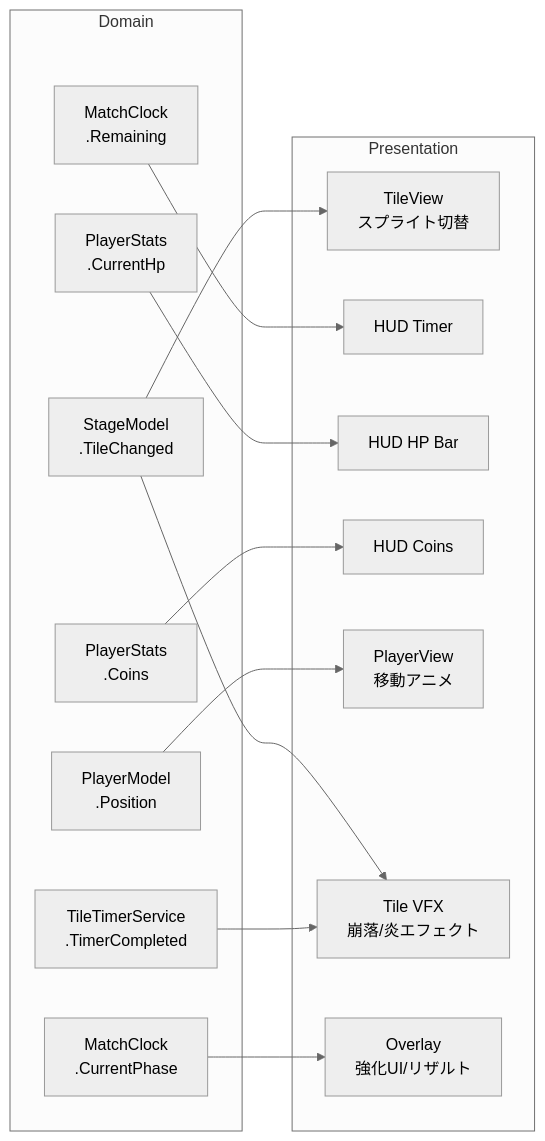
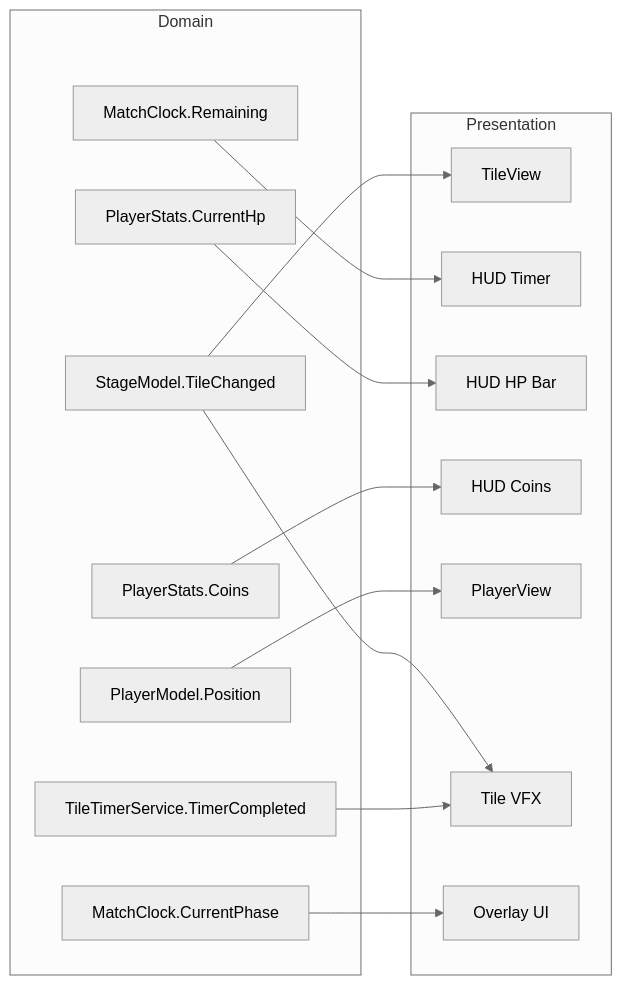
Before and after one commit to OUCC/2026-spring-hackathon-teamA: the eighth of 8 diagrams in docs/architecture.md, drawn with Mermaid (neutral theme). The commit also changed other lines of this file, not shown here.

First line of the commit message:
architecture.md の mermaid 図を修正

````diff
--- a/docs/architecture.md
+++ b/docs/architecture.md
@@ -292,31 +308,31 @@
 ```mermaid
 flowchart LR
     subgraph Domain
-        SM_TC["StageModel<br/>.TileChanged"]
-        MC_R["MatchClock<br/>.Remaining"]
-        MC_P["MatchClock<br/>.CurrentPhase"]
-        PS_HP["PlayerStats<br/>.CurrentHp"]
-        PS_C["PlayerStats<br/>.Coins"]
-        PM_Pos["PlayerModel<br/>.Position"]
-        TTS["TileTimerService<br/>.TimerCompleted"]
+        SM_TC[StageModel.TileChanged]
+        MC_R[MatchClock.Remaining]
+        MC_P[MatchClock.CurrentPhase]
+        PS_HP[PlayerStats.CurrentHp]
+        PS_C[PlayerStats.Coins]
+        PM_Pos[PlayerModel.Position]
+        TTS[TileTimerService.TimerCompleted]
     end
 
     subgraph Presentation
-        TV["TileView<br/>スプライト切替"]
-        HUD_T["HUD Timer"]
-        HUD_HP["HUD HP Bar"]
-        HUD_C["HUD Coins"]
-        PV["PlayerView<br/>移動アニメ"]
-        TVFX["Tile VFX<br/>崩落/炎エフェクト"]
-        OV["Overlay<br/>強化UI/リザルト"]
+        TV[TileView]
+        HUD_T[HUD Timer]
+        HUD_HP[HUD HP Bar]
+        HUD_C[HUD Coins]
+        PV[PlayerView]
+        TVFX[Tile VFX]
+        OV[Overlay UI]
     end
 
     SM_TC --> TV
     SM_TC --> TVFX
     MC_R --> HUD_T
     MC_P --> OV
     PS_HP --> HUD_HP
     PS_C --> HUD_C
     PM_Pos --> PV
     TTS --> TVFX
 ```
````
